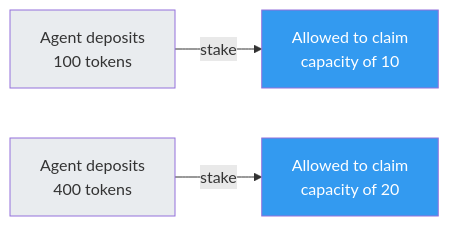
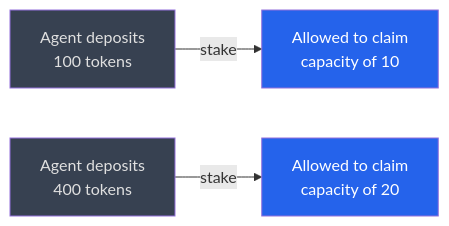
The fourth of 16 diagrams in website/explainer.md (backproto/backproto), drawn with Mermaid before and after one commit. The commit also changed other lines of this file and 7 other files, not shown here.

First line of the commit message:
refactor(explainer): modernize diagrams and polish text

````diff
--- a/website/explainer.md
+++ b/website/explainer.md
@@ -133,10 +133,10 @@
 ```mermaid
 graph LR
     A[Agent deposits<br/>100 tokens] -->|stake| B[Allowed to claim<br/>capacity of 10]
     C[Agent deposits<br/>400 tokens] -->|stake| D[Allowed to claim<br/>capacity of 20]
 
-    style A fill:#e9ecef
-    style C fill:#e9ecef
-    style B fill:#339af0,color:#fff
-    style D fill:#339af0,color:#fff
+    style A fill:#374151,color:#e0e0e0
+    style C fill:#374151,color:#e0e0e0
+    style B fill:#2563eb,color:#fff
+    style D fill:#2563eb,color:#fff
 ```
````
